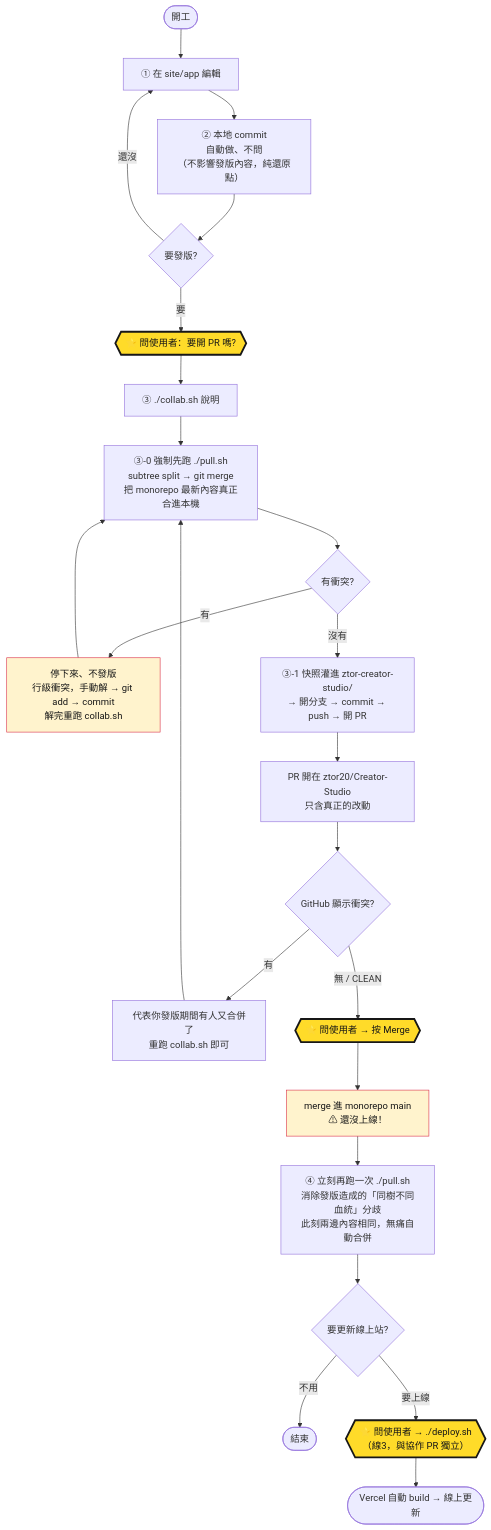
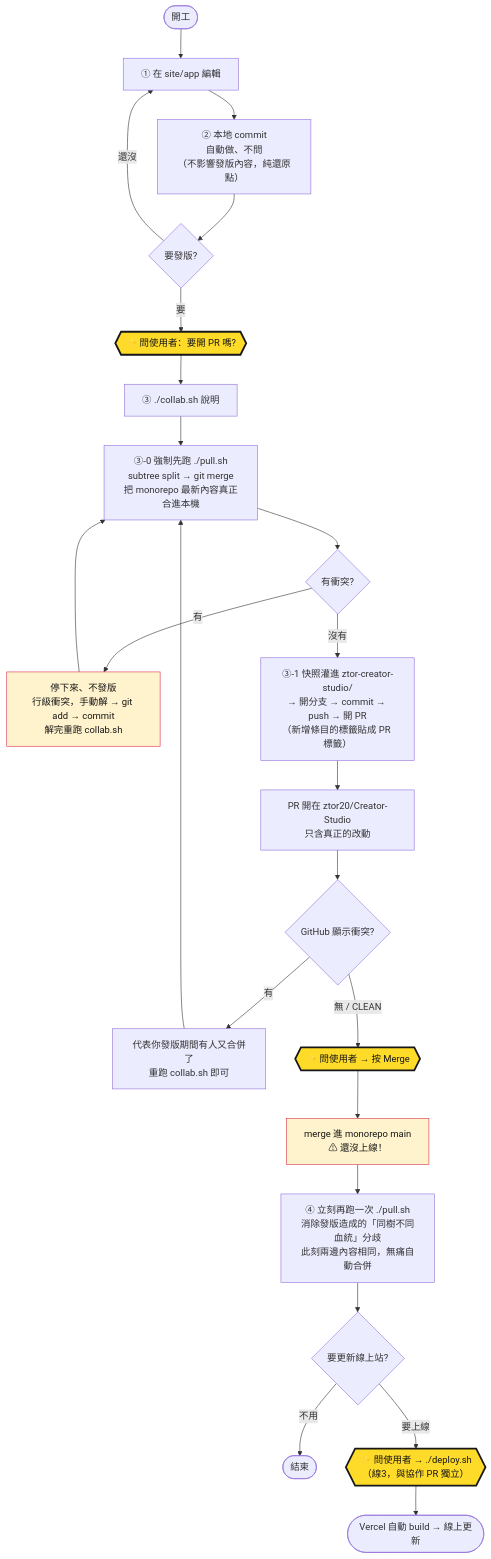
The first of 2 diagrams in ztor-creator-studio/WORKFLOW.md (ztor20/Creator-Studio), drawn with Mermaid before and after one commit. The commit also changed other lines of this file and 9 other files, not shown here.

````diff
--- a/ztor-creator-studio/WORKFLOW.md
+++ b/ztor-creator-studio/WORKFLOW.md
@@ -84,30 +87,30 @@
 ```mermaid
 flowchart TD
     A(["開工"]) --> B["① 在 site/app 編輯"]
     B --> B2["② 本地 commit<br/>自動做、不問<br/>（不影響發版內容，純還原點）"]
     B2 --> E{"要發版?"}
     E -- "還沒" --> B
     E -- "要" --> F{{"⭐ 問使用者：要開 PR 嗎?"}}
     F --> G["③ ./collab.sh 說明"]
     G --> G1["③-0 強制先跑 ./pull.sh<br/>subtree split → git merge<br/>把 monorepo 最新內容真正合進本機"]
     G1 --> C{"有衝突?"}
     C -- "有" --> C1["停下來、不發版<br/>行級衝突，手動解 → git add → commit<br/>解完重跑 collab.sh"]
     C1 --> G1
-    C -- "沒有" --> G2["③-1 快照灌進 ztor-creator-studio/<br/>→ 開分支 → commit → push → 開 PR"]
+    C -- "沒有" --> G2["③-1 快照灌進 ztor-creator-studio/<br/>→ 開分支 → commit → push → 開 PR<br/>（新增條目的標籤貼成 PR 標籤）"]
     G2 --> I["PR 開在 ztor20/Creator-Studio<br/>只含真正的改動"]
     I --> J{"GitHub 顯示衝突?"}
     J -- "有" --> J1["代表你發版期間有人又合併了<br/>重跑 collab.sh 即可"]
     J1 --> G1
     J -- "無 / CLEAN" --> K{{"⭐ 問使用者 → 按 Merge"}}
     K --> L["merge 進 monorepo main<br/>⚠ 還沒上線！"]
     L --> P1["④ 立刻再跑一次 ./pull.sh<br/>消除發版造成的「同樹不同血統」分歧<br/>此刻兩邊內容相同，無痛自動合併"]
     P1 --> M{"要更新線上站?"}
     M -- "不用" --> N(["結束"])
     M -- "要上線" --> O{{"⭐ 問使用者 → ./deploy.sh<br/>（線3，與協作 PR 獨立）"}}
     O --> P(["Vercel 自動 build → 線上更新"])
 
     classDef gate fill:#FFDB29,stroke:#171717,stroke-width:3px,color:#171717;
     classDef warn fill:#FFF3CD,stroke:#DA314A,stroke-width:1px,color:#171717;
     class F,K,O gate;
     class L,C1 warn;
 ```
````
